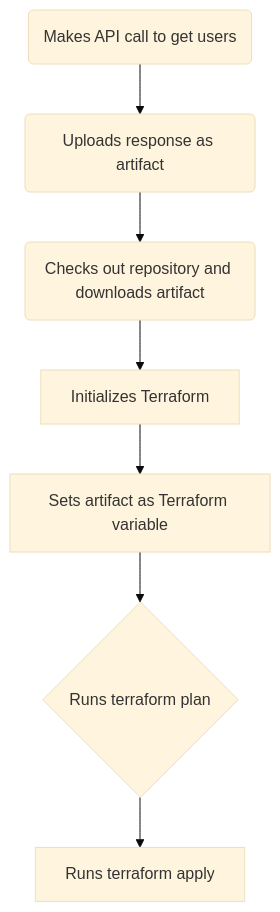
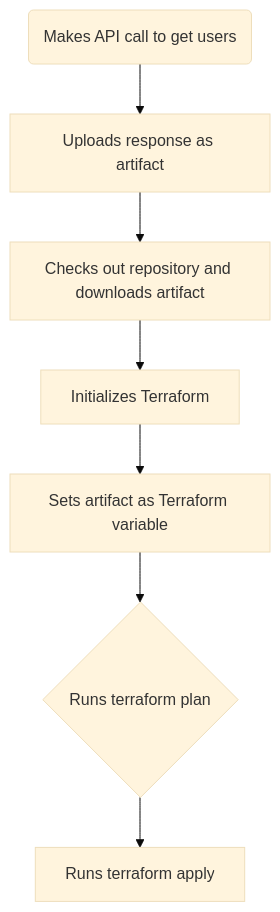
The second of 2 diagrams in README.md (jackfperryjr/zanarkand), drawn with Mermaid (base theme) before and after one commit.

Commit message:
Modified second diagram.

````diff
--- a/README.md
+++ b/README.md
@@ -19,9 +19,9 @@
 ```mermaid
 flowchart TD;
-    a(Makes API call to get users) --> b(Uploads response as artifact);
-    b --> c(Checks out repository and downloads artifact);
+    a(Makes API call to get users) --> b[Uploads response as artifact];
+    b --> c[Checks out repository and downloads artifact];
     c --> d[Initializes Terraform];
     d --> e[Sets artifact as Terraform variable];
     e --> f{Runs terraform plan};
     f --> g[Runs terraform apply];
 ```
````
